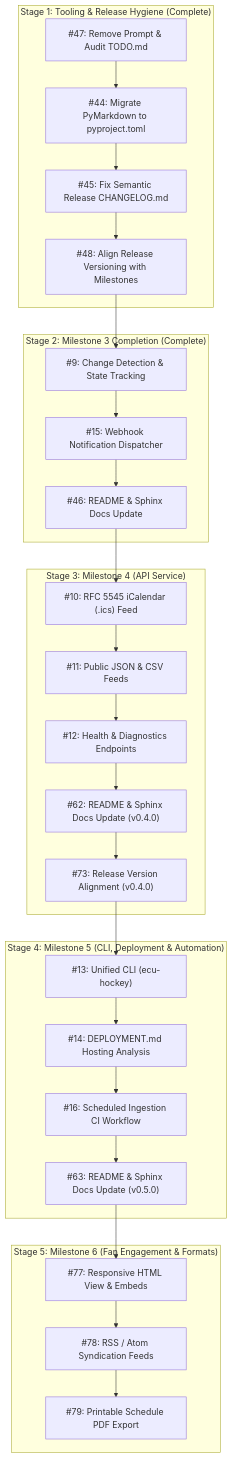
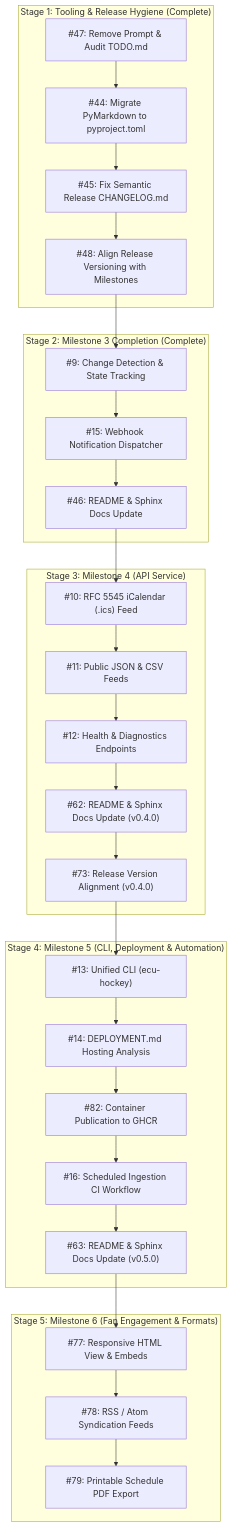
The second of 2 diagrams in TODO.md (bdperkin/ecu-hockey-calendar), drawn with Mermaid before and after one commit. The commit also changed other lines of this file, not shown here.

First line of the commit message:
docs(roadmap): track ghcr container publication issue in TODO.md (#83)

````diff
--- a/TODO.md
+++ b/TODO.md
@@ -312,55 +319,57 @@
 ```mermaid
 flowchart TD
     subgraph HYGIENE["Stage 1: Tooling & Release Hygiene (Complete)"]
         T47["#47: Remove Prompt & Audit TODO.md"]
         T44["#44: Migrate PyMarkdown to pyproject.toml"]
         T45["#45: Fix Semantic Release CHANGELOG.md"]
         T48["#48: Align Release Versioning with Milestones"]
     end
 
     subgraph M3["Stage 2: Milestone 3 Completion (Complete)"]
         T9["#9: Change Detection & State Tracking"]
         T15["#15: Webhook Notification Dispatcher"]
         T46["#46: README & Sphinx Docs Update"]
     end
 
     subgraph M4["Stage 3: Milestone 4 (API Service)"]
         T10["#10: RFC 5545 iCalendar (.ics) Feed"]
         T11["#11: Public JSON & CSV Feeds"]
         T12["#12: Health & Diagnostics Endpoints"]
         T62["#62: README & Sphinx Docs Update (v0.4.0)"]
         T73["#73: Release Version Alignment (v0.4.0)"]
     end
 
     subgraph M5["Stage 4: Milestone 5 (CLI, Deployment & Automation)"]
         T13["#13: Unified CLI (ecu-hockey)"]
         T14["#14: DEPLOYMENT.md Hosting Analysis"]
+        T82["#82: Container Publication to GHCR"]
         T16["#16: Scheduled Ingestion CI Workflow"]
         T63["#63: README & Sphinx Docs Update (v0.5.0)"]
     end
 
     subgraph M6["Stage 5: Milestone 6 (Fan Engagement & Formats)"]
         T77["#77: Responsive HTML View & Embeds"]
         T78["#78: RSS / Atom Syndication Feeds"]
         T79["#79: Printable Schedule PDF Export"]
     end
 
     T47 --> T44
     T44 --> T45
     T45 --> T48
     T48 --> T9
     T9 --> T15
     T15 --> T46
     T46 --> T10
     T10 --> T11
     T11 --> T12
     T12 --> T62
     T62 --> T73
     T73 --> T13
     T13 --> T14
-    T14 --> T16
+    T14 --> T82
+    T82 --> T16
     T16 --> T63
     T63 --> T77
     T77 --> T78
     T78 --> T79
 ```
````
